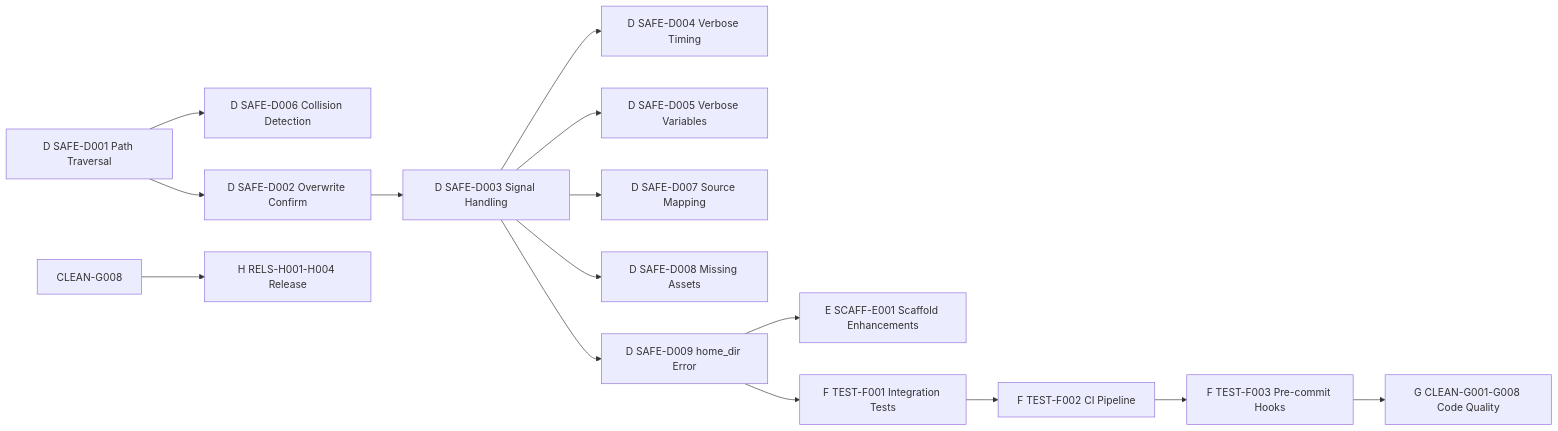
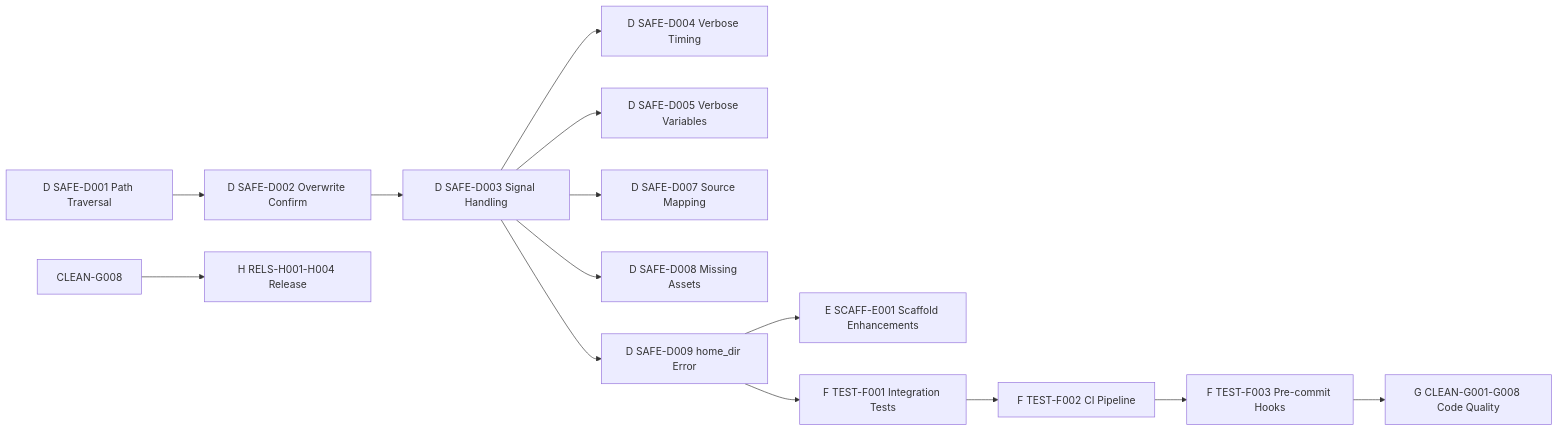
The diagram in .constitution/tasks/critical-path.md (Tuvren/skillprism), drawn with Mermaid before and after one commit. The commit also changed other lines of this file and 5 other files, not shown here.

````diff
--- a/.constitution/tasks/critical-path.md
+++ b/.constitution/tasks/critical-path.md
@@ -16,19 +16,18 @@
 ```mermaid
 flowchart LR
-  SAFE-D001["D SAFE-D001 Path Traversal"] --> SAFE-D006["D SAFE-D006 Collision Detection"]
-  SAFE-D001 --> SAFE-D002["D SAFE-D002 Overwrite Confirm"]
+  SAFE-D001["D SAFE-D001 Path Traversal"] --> SAFE-D002["D SAFE-D002 Overwrite Confirm"]
   SAFE-D002 --> SAFE-D003["D SAFE-D003 Signal Handling"]
   SAFE-D003 --> SAFE-D004["D SAFE-D004 Verbose Timing"]
   SAFE-D003 --> SAFE-D005["D SAFE-D005 Verbose Variables"]
   SAFE-D003 --> SAFE-D007["D SAFE-D007 Source Mapping"]
   SAFE-D003 --> SAFE-D008["D SAFE-D008 Missing Assets"]
   SAFE-D003 --> SAFE-D009["D SAFE-D009 home_dir Error"]
 
   SAFE-D009 --> SCAFF-E001["E SCAFF-E001 Scaffold Enhancements"]
   SAFE-D009 --> TEST-F001["F TEST-F001 Integration Tests"]
 
   TEST-F001 --> TEST-F002["F TEST-F002 CI Pipeline"]
   TEST-F002 --> TEST-F003["F TEST-F003 Pre-commit Hooks"]
   TEST-F003 --> CLEAN-G001["G CLEAN-G001-G008 Code Quality"]
   CLEAN-G008 --> RELS-H001["H RELS-H001-H004 Release"]
 ```
````
